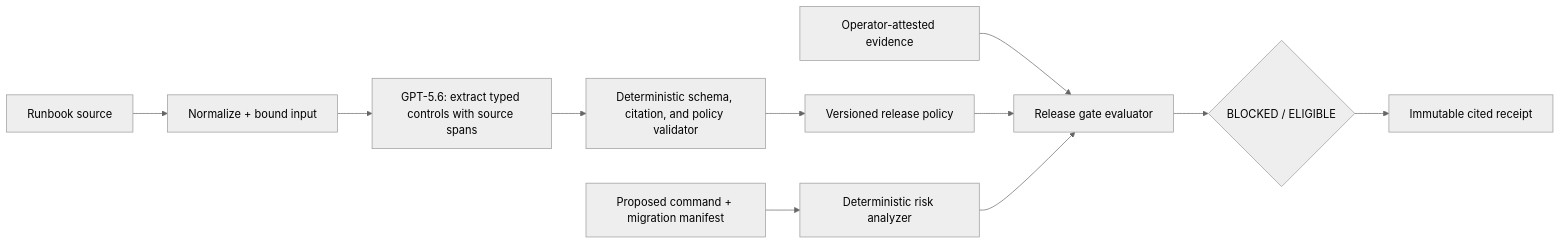
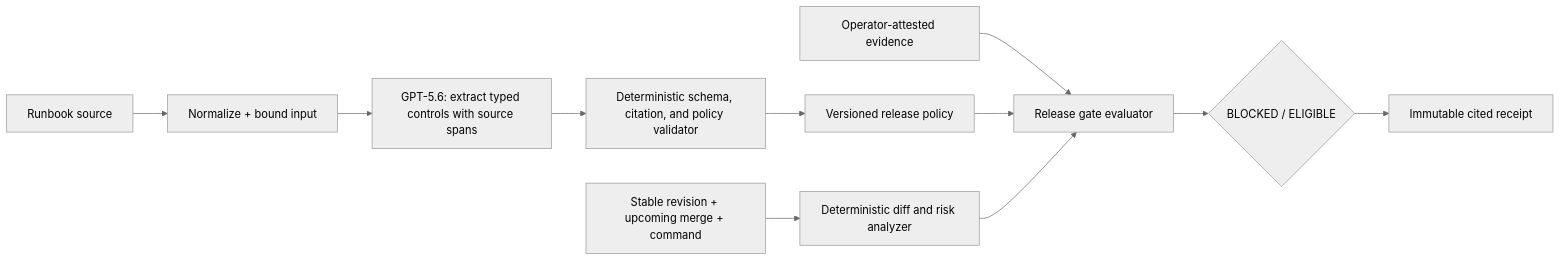
One commit to sanyamChaudhary27/devshot changed the diagram in RUNBOOK_FIREWALL_PLAN.md. Above: the diagram before and after it, drawn with Mermaid (neutral theme). The commit also changed other lines of this file and 15 other files, not shown here.

````diff
--- a/RUNBOOK_FIREWALL_PLAN.md
+++ b/RUNBOOK_FIREWALL_PLAN.md
@@ -25,13 +25,13 @@
 ```mermaid
 flowchart LR
   R["Runbook source"] --> N["Normalize + bound input"]
   N --> G["GPT-5.6: extract typed controls with source spans"]
   G --> V["Deterministic schema, citation, and policy validator"]
   V --> P["Versioned release policy"]
-  C["Proposed command + migration manifest"] --> A["Deterministic risk analyzer"]
+  C["Stable revision + upcoming merge + command"] --> A["Deterministic diff and risk analyzer"]
   E["Operator-attested evidence"] --> X["Release gate evaluator"]
   P --> X
   A --> X
   X --> D{"BLOCKED / ELIGIBLE"}
   D --> H["Immutable cited receipt"]
 ```
````
